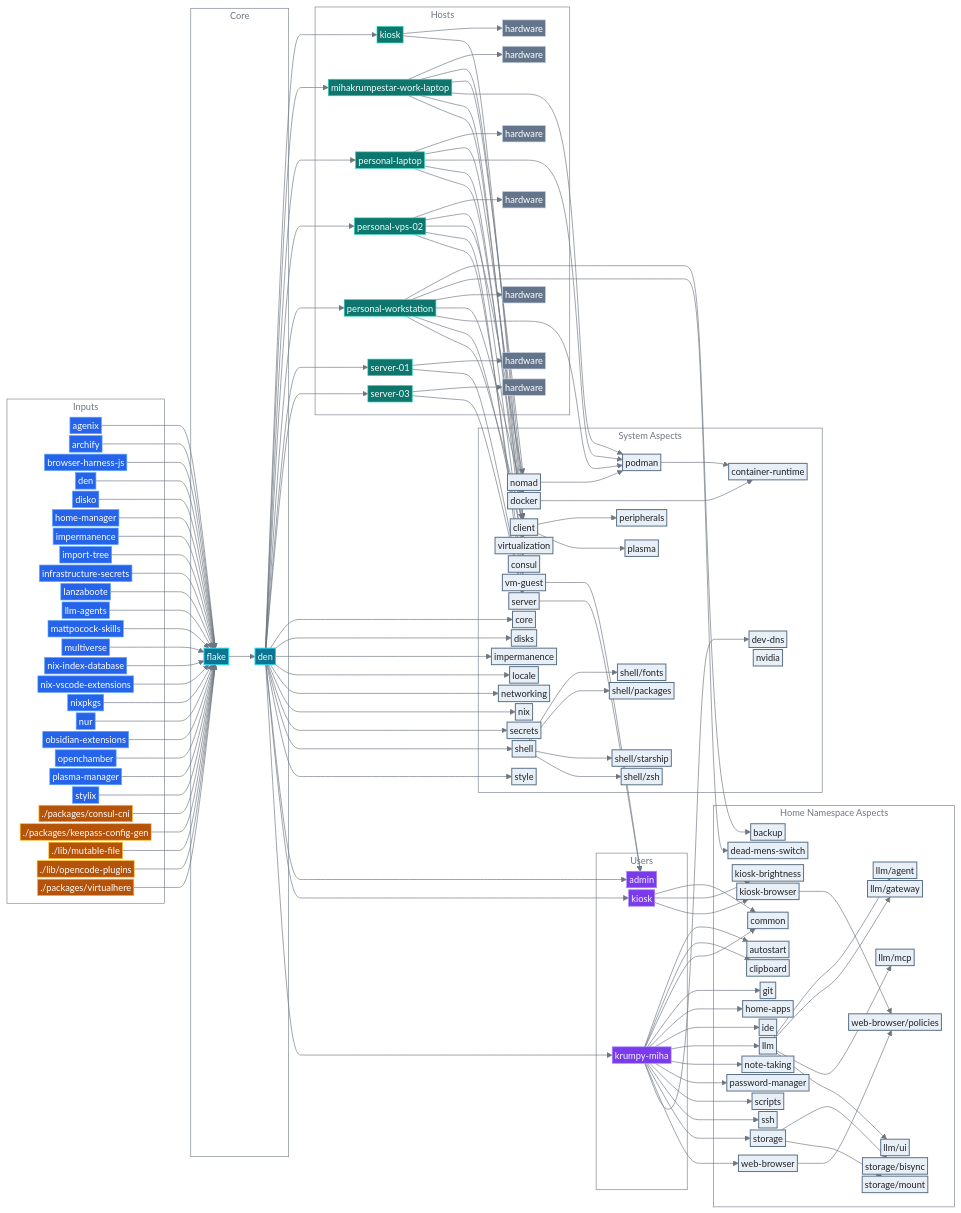
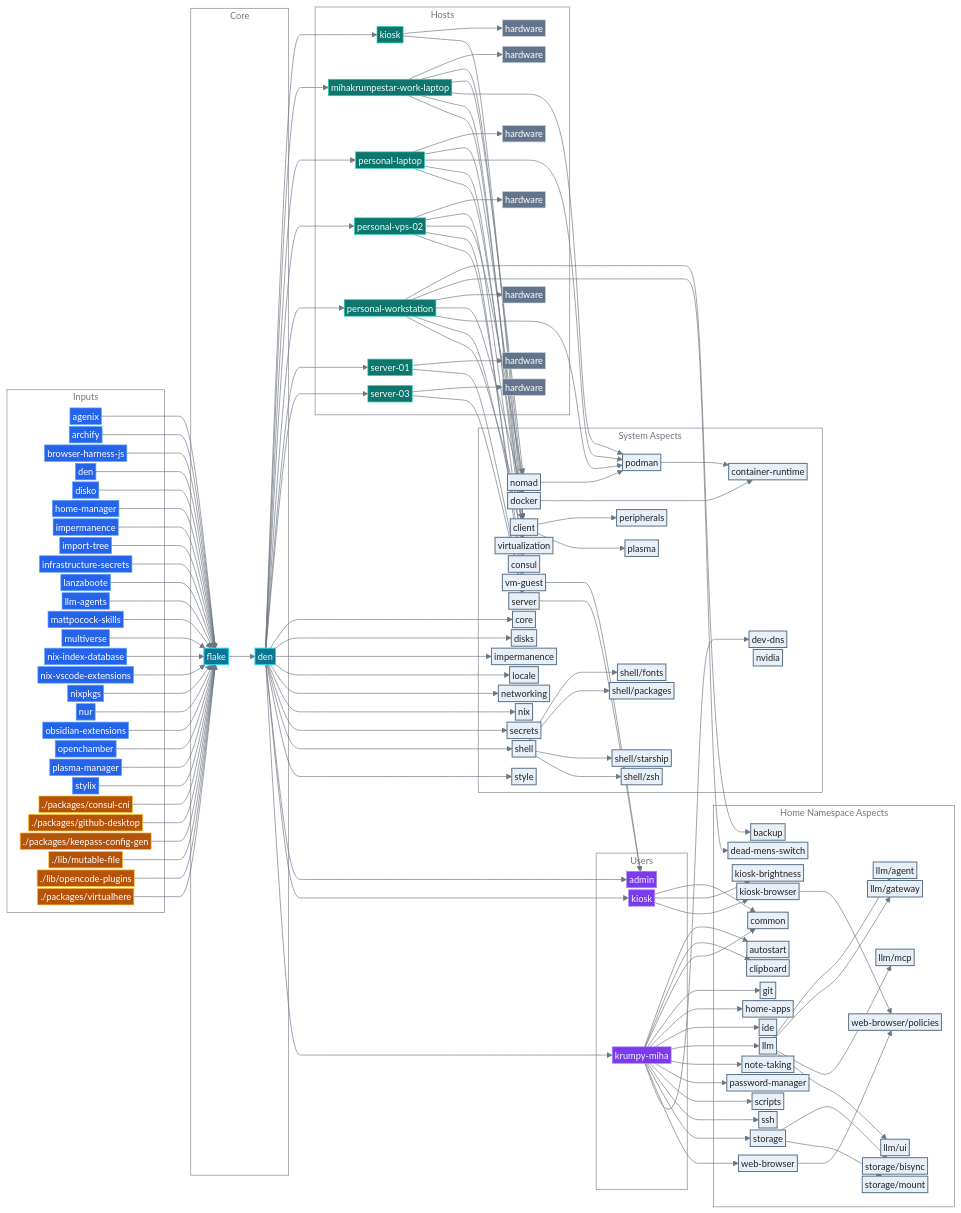
The diagram in README.md (mihakrumpestar/infrastructure), drawn with Mermaid before and after one commit. The commit also changed other lines of this file and 12 other files, not shown here.

Commit message:
feat: add cf. move github desktop into its own package, use local gh cli

```diff
--- a/README.md
+++ b/README.md
@@ -154,6 +154,7 @@
         input_plasma_manager["plasma-manager"]:::input
         input_stylix["stylix"]:::input
         local_consul_cni["./packages/consul-cni"]:::local
+        local_github_desktop["./packages/github-desktop"]:::local
         local_keepass_config_gen["./packages/keepass-config-gen"]:::local
         local_mutable_file["./lib/mutable-file"]:::local
         local_opencode_plugins["./lib/opencode-plugins"]:::local
@@ -324,6 +325,7 @@
     input_plasma_manager --> flake
     input_stylix --> flake
     local_consul_cni --> flake
+    local_github_desktop --> flake
     local_keepass_config_gen --> flake
     local_mutable_file --> flake
     local_opencode_plugins --> flake
```
